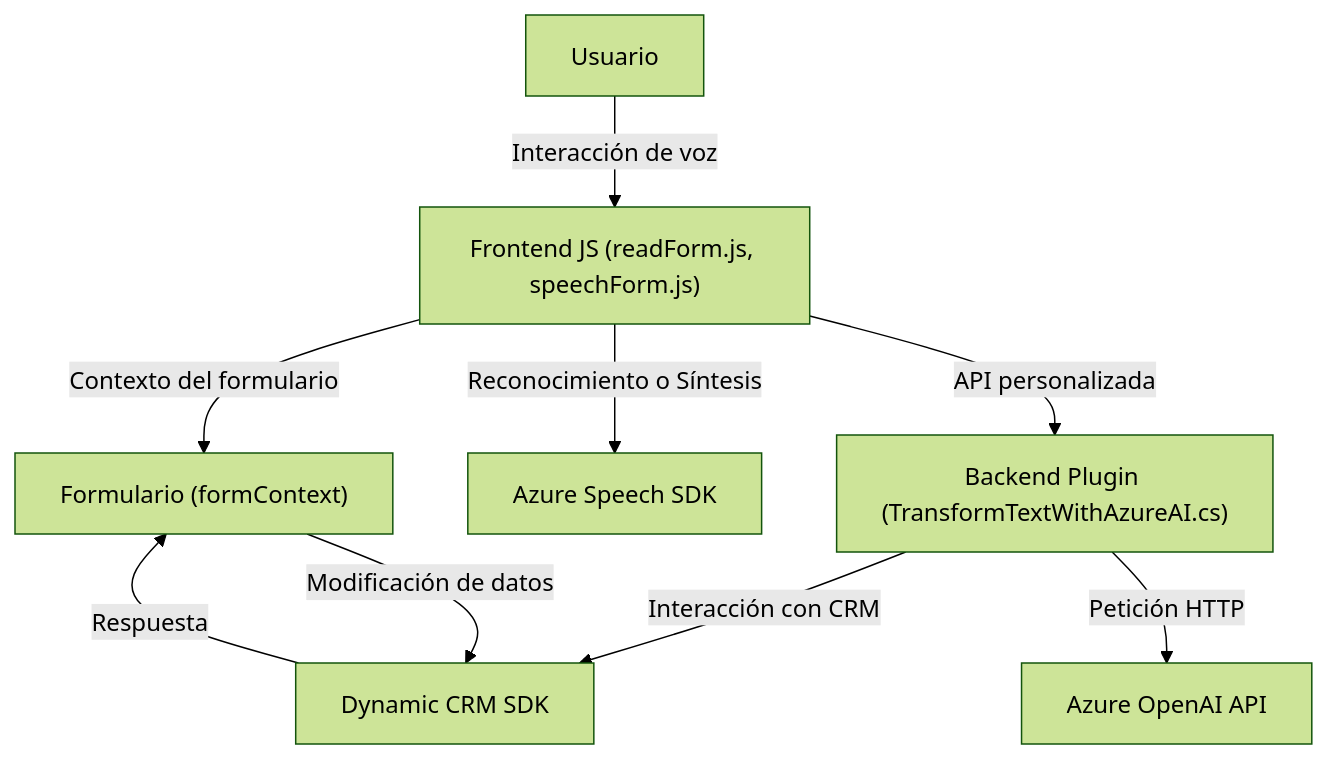
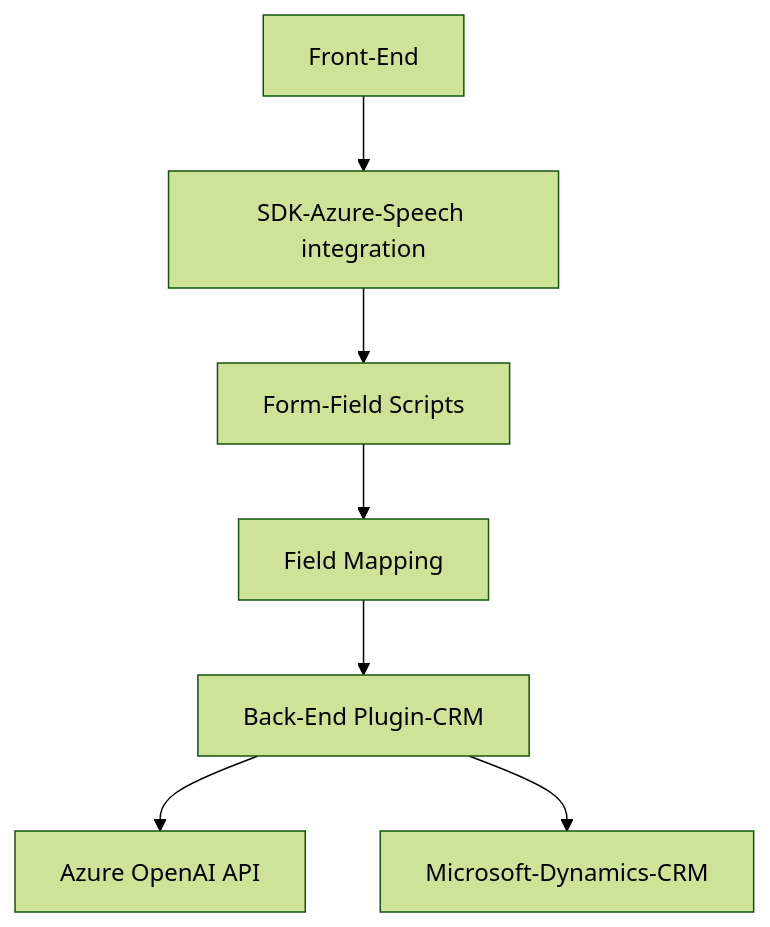
One commit to blopezdm/NETCORE_BILBAO2025 changed the diagram in README.md. Above: the diagram before and after it, drawn with Mermaid (forest theme). The commit also changed other lines of this file, not shown here.

Commit message:
Actualizar análisis global de la solución con IA

````diff
--- a/README.md
+++ b/README.md
@@ -50,19 +49,17 @@
 ```mermaid
 graph TD
-    A["Frontend JS (readForm.js, speechForm.js)"]
-    B["Backend Plugin (TransformTextWithAzureAI.cs)"]
-    C["Azure Speech SDK"]
-    D["Azure OpenAI API"]
-    E["Dynamic CRM SDK"]
-    F["Formulario (formContext)"]
-    G["Usuario"]
+    A["Front-End"]
+    B["SDK-Azure-Speech integration"]
+    C["Form-Field Scripts"]
+    D["Field Mapping"]
+    E["Back-End Plugin-CRM"]
+    F["Azure OpenAI API"]
+    G["Microsoft-Dynamics-CRM"]
 
-    G -->|Interacción de voz| A
-    A -->|Contexto del formulario| F
-    A -->|Reconocimiento o Síntesis| C
-    A -->|API personalizada| B
-    B -->|Petición HTTP| D
-    B -->|Interacción con CRM| E
-    F -->|Modificación de datos| E
-    E -->|Respuesta| F
+    A-->B
+    B-->C
+    C-->D
+    D-->E
+    E-->F
+    E-->G
 ```
````
